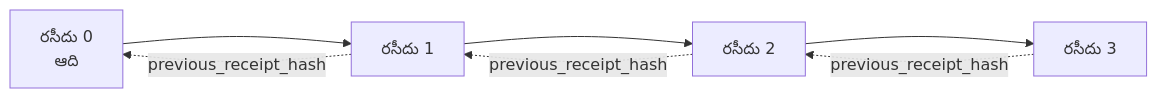
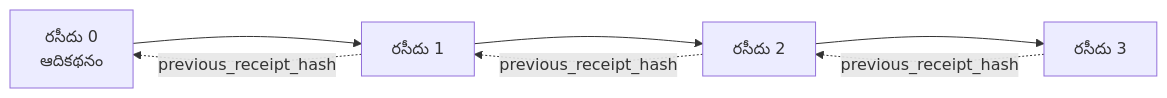
One commit to gabrielmoreira/agent-skills-mirror changed the second of 2 diagrams in mirrors/repos/microsoft@ai-agents-for-beginners/translations/te/18-securing-ai-agents/README.md. Above: the diagram before and after it, drawn with Mermaid. The commit also changed other lines of this file and 4262 other files, not shown here.

````diff
--- a/mirrors/repos/microsoft@ai-agents-for-beginners/translations/te/18-securing-ai-agents/README.md
+++ b/mirrors/repos/microsoft@ai-agents-for-beginners/translations/te/18-securing-ai-agents/README.md
@@ -206,9 +203,9 @@
 ```mermaid
 flowchart LR
-    R0[రసీదు 0<br/>ఆది] --> R1[రసీదు 1]
+    R0[రసీదు 0<br/>ఆదికథనం] --> R1[రసీదు 1]
     R1 --> R2[రసీదు 2]
     R2 --> R3[రసీదు 3]
     R1 -. previous_receipt_hash .-> R0
     R2 -. previous_receipt_hash .-> R1
     R3 -. previous_receipt_hash .-> R2
 ```
````
